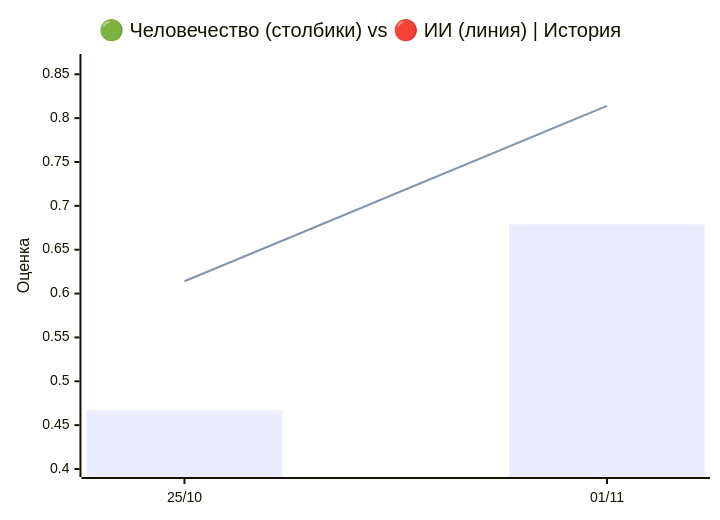
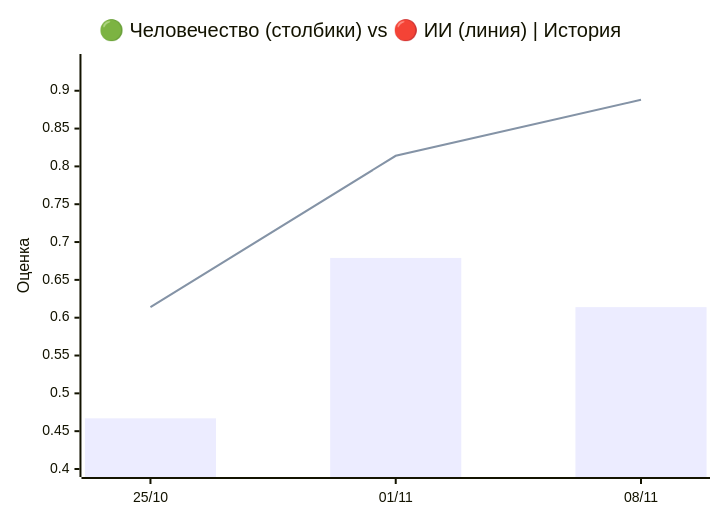
One commit to VQQLK/Human-AI-Monitor changed the first of 3 diagrams in README.ru.md. Above: the diagram before and after it, drawn with Mermaid. The commit also changed other lines of this file and 8 other files, not shown here.

````diff
--- a/README.ru.md
+++ b/README.ru.md
@@ -33,8 +33,8 @@
 ```mermaid
 xychart-beta
     title "🟢 Человечество (столбики) vs 🔴 ИИ (линия) | История"
-    x-axis ["25/10", "01/11"]
-    y-axis "Оценка" 0.400 --> 0.864
-    bar [0.467, 0.679]
-    line [0.614, 0.814]
+    x-axis ["25/10", "01/11", "08/11"]
+    y-axis "Оценка" 0.400 --> 0.938
+    bar [0.467, 0.679, 0.614]
+    line [0.614, 0.814, 0.888]
 ```
````
